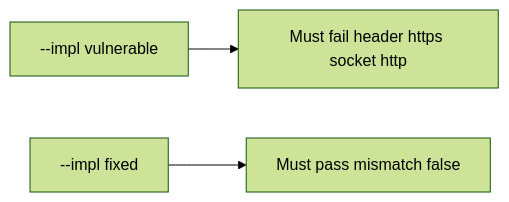
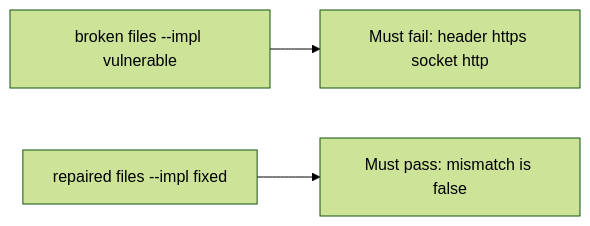
One commit to ishitvagoel/LearnSecurity changed the diagram in content/modules/5/5.4/lessons/05-verify.md. Above: the diagram before and after it, drawn with Mermaid (forest theme). The commit also changed other lines of this file and 39 other files, not shown here.

````diff
--- a/content/modules/5/5.4/lessons/05-verify.md
+++ b/content/modules/5/5.4/lessons/05-verify.md
@@ -15,5 +14,5 @@
 ```mermaid
 flowchart LR
-  V["--impl vulnerable"] --> F["Must fail header https socket http"]
-  X["--impl fixed"] --> P["Must pass mismatch false"]
+  V["broken files --impl vulnerable"] --> F["Must fail: header https socket http"]
+  X["repaired files --impl fixed"] --> P["Must pass: mismatch is false"]
 ```
````
